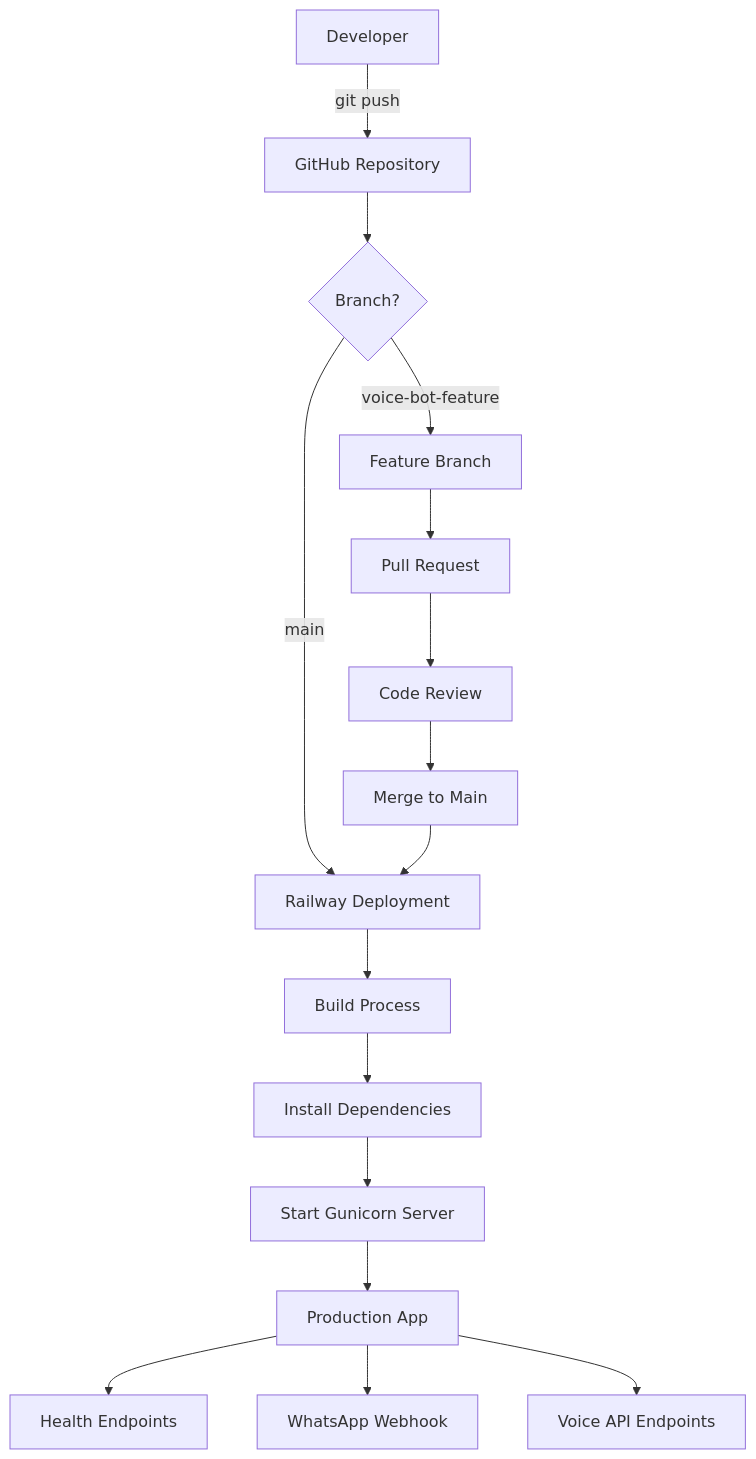
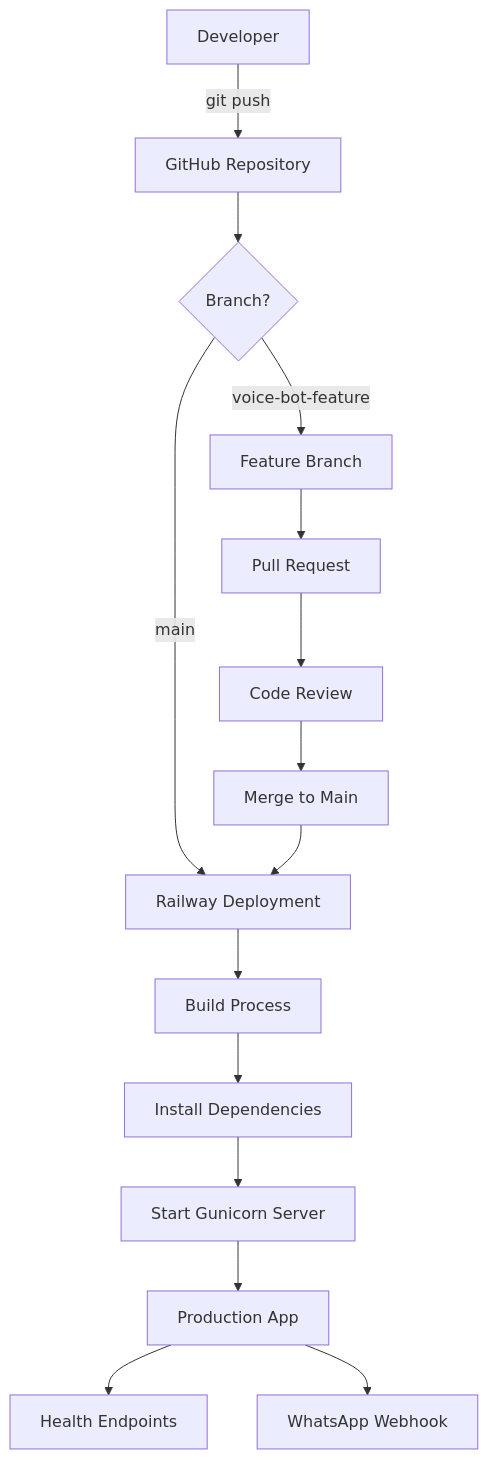
Before and after one commit to sarthak-genai-33/whatsapp-education-bot: the third of 3 diagrams in flowchart.md, drawn with Mermaid. The commit also changed other lines of this file, not shown here.

First line of the commit message:
Remove voice-based flow from flowchart

````diff
--- a/flowchart.md
+++ b/flowchart.md
@@ -157,22 +126,21 @@
 ```mermaid
 flowchart TD
     A[Developer] -->|git push| B[GitHub Repository]
     B --> C{Branch?}
     
     C -->|main| D[Railway Deployment]
     C -->|voice-bot-feature| E[Feature Branch]
     
     D --> F[Build Process]
     F --> G[Install Dependencies]
     G --> H[Start Gunicorn Server]
     H --> I[Production App]
     
     I --> J[Health Endpoints]
     I --> K[WhatsApp Webhook]
-    I --> L[Voice API Endpoints]
     
-    E --> M[Pull Request]
-    M --> N[Code Review]
-    N --> O[Merge to Main]
-    O --> D
+    E --> L[Pull Request]
+    L --> M[Code Review]
+    M --> N[Merge to Main]
+    N --> D
 ```
````
